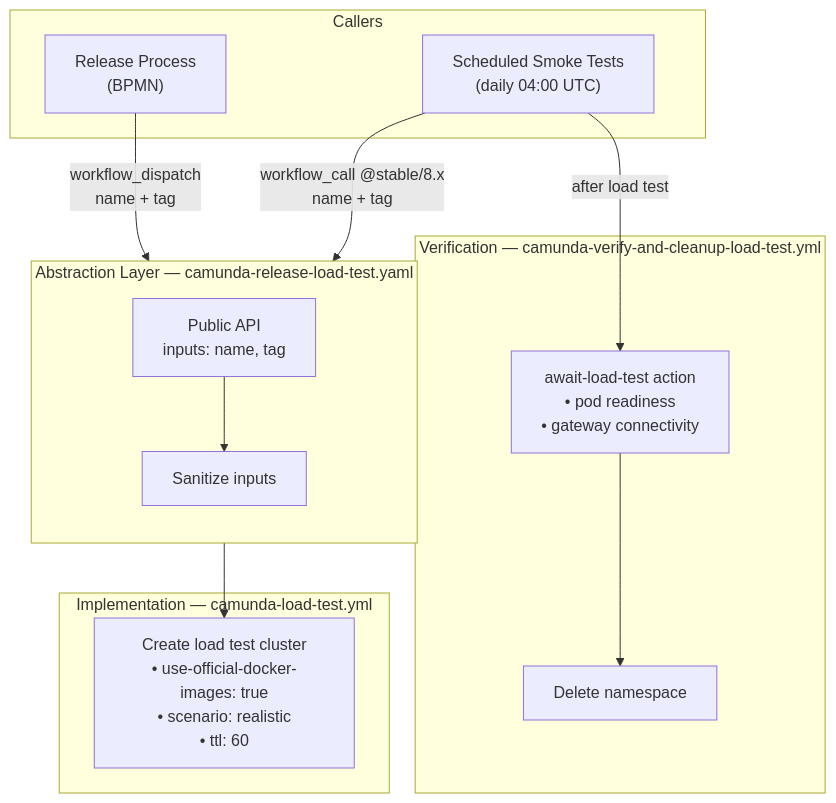
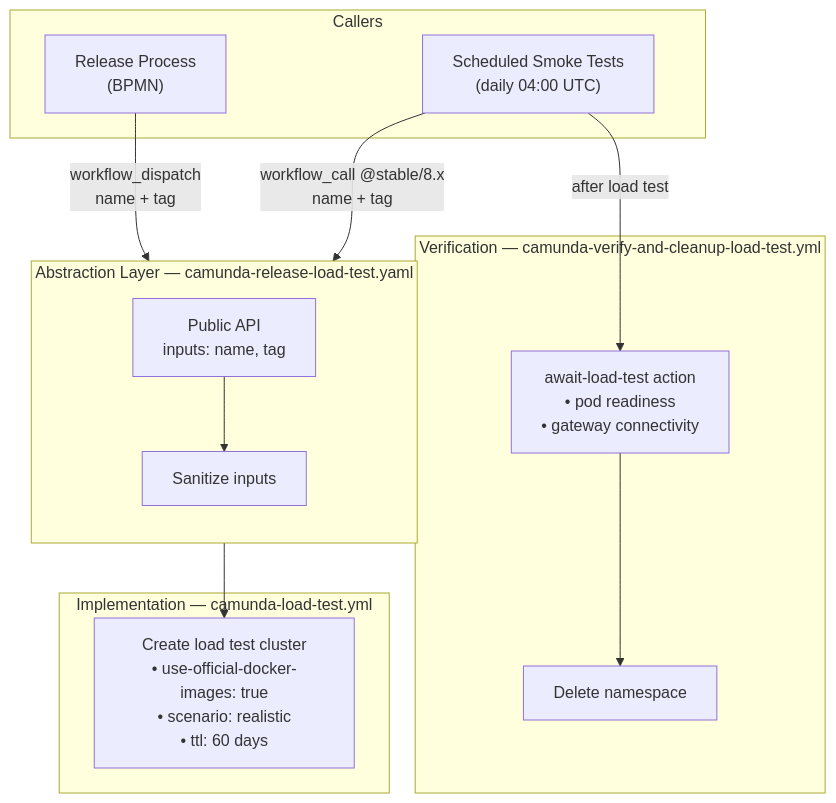
Before and after one commit to camunda/camunda: the diagram in docs/testing/reliability-testing.md, drawn with Mermaid.

Commit message:
docs: clarify ttl unit in mermaid diagram as days
Agent-Logs-Url: https://github.com/camunda/camunda/sessions/512211f9-f863-491c-b54c-798f217d361c

````diff
--- a/docs/testing/reliability-testing.md
+++ b/docs/testing/reliability-testing.md
@@ -200,30 +200,30 @@
 ```mermaid
 graph TD
     subgraph "Callers"
         BPMN["Release Process<br/>(BPMN)"]
         SCHEDULE["Scheduled Smoke Tests<br/>(daily 04:00 UTC)"]
     end
 
     subgraph "Abstraction Layer — camunda-release-load-test.yaml"
         direction TB
         API["Public API<br/>inputs: name, tag"]
         SANITIZE["Sanitize inputs"]
         API --> SANITIZE
     end
 
     subgraph "Implementation — camunda-load-test.yml"
-        LOAD["Create load test cluster<br/>• use-official-docker-images: true<br/>• scenario: realistic<br/>• ttl: 60"]
+        LOAD["Create load test cluster<br/>• use-official-docker-images: true<br/>• scenario: realistic<br/>• ttl: 60 days"]
     end
 
     BPMN -->|"workflow_dispatch<br/>name + tag"| API
     SCHEDULE -->|"workflow_call @stable/8.x<br/>name + tag"| API
     SANITIZE --> LOAD
 
     subgraph "Verification — camunda-verify-and-cleanup-load-test.yml"
         VERIFY["await-load-test action<br/>• pod readiness<br/>• gateway connectivity"]
         CLEANUP["Delete namespace"]
         VERIFY --> CLEANUP
     end
 
     SCHEDULE -->|"after load test"| VERIFY
 ```
````
